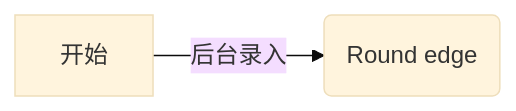
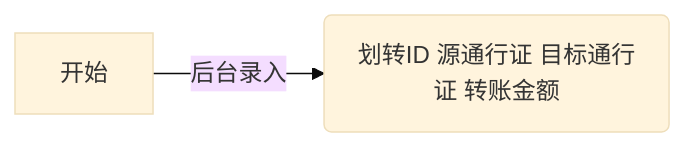
One commit to ma-luyang/shimobang changed the diagram in README.md. Above: the diagram before and after it, drawn with Mermaid (base theme).

````diff
--- a/README.md
+++ b/README.md
@@ -3,4 +3,4 @@
 ```mermaid
 flowchart LR
-    A[开始] -->|后台录入| B(Round edge)
+    A[开始] -->|后台录入| B(划转ID 源通行证 目标通行证 转账金额 )
 ```
````
